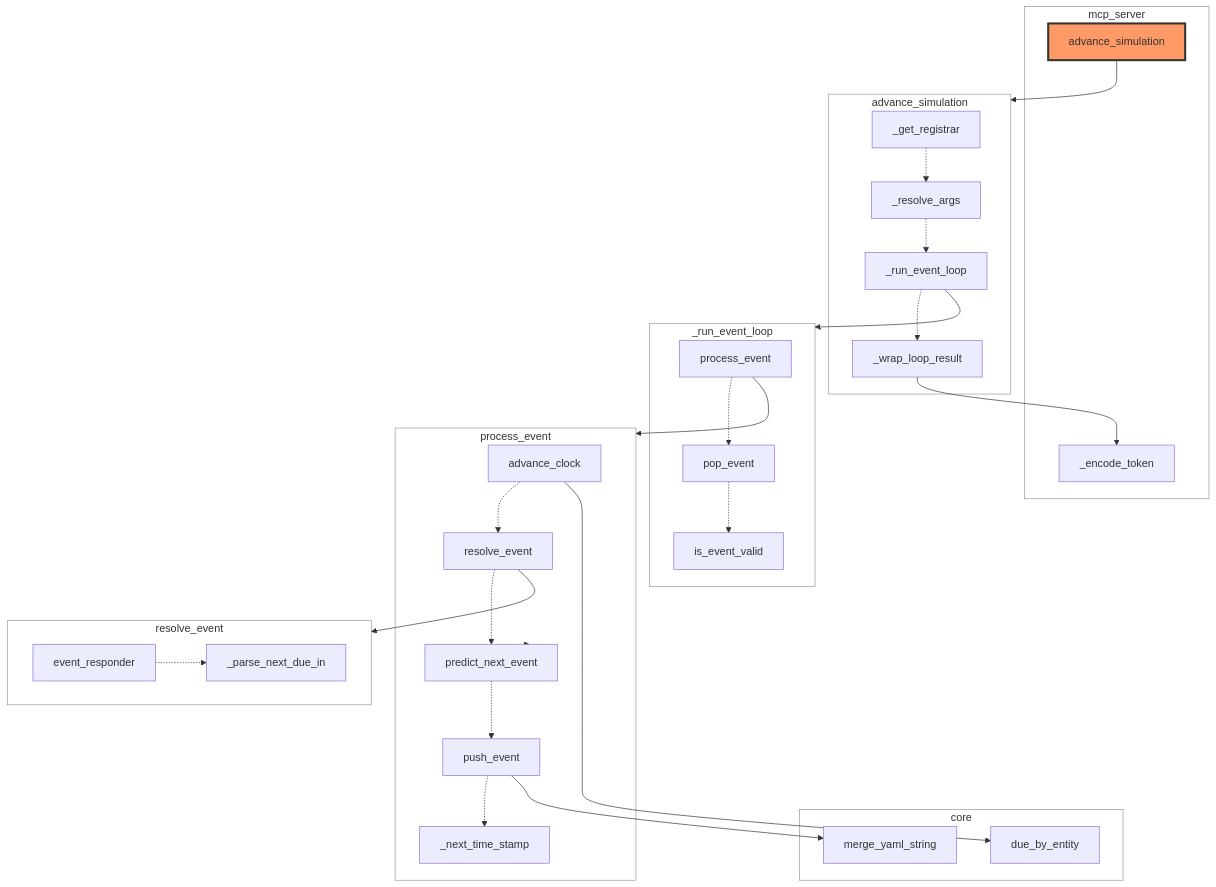
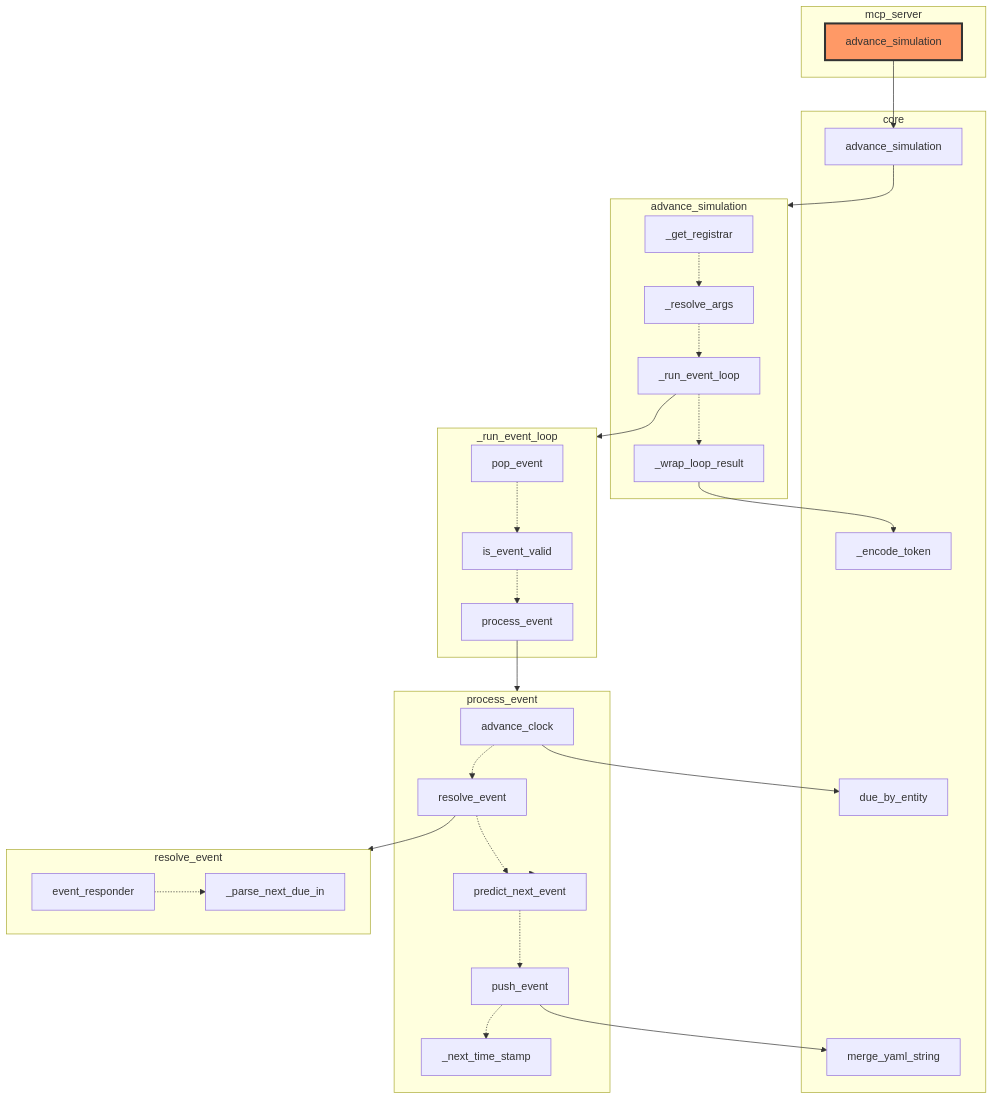
Before and after one commit to zhafen/story-simulator: the first of 2 diagrams in docs/architecture/advance_simulation.md, drawn with Mermaid. The commit also changed other lines of this file and 8 other files, not shown here.

````diff
--- a/docs/architecture/advance_simulation.md
+++ b/docs/architecture/advance_simulation.md
@@ -46,54 +51,55 @@
 ```mermaid
-%%{init: {'themeVariables': {'clusterBkg': 'transparent', 'clusterBorder': '#999999'}}}%%
 flowchart TB
     subgraph sg0["core"]
-        n14["merge_yaml_string"]
-        n17["due_by_entity"]
+        n1["advance_simulation"]
+        n6["_encode_token"]
+        n15["merge_yaml_string"]
+        n16["due_by_entity"]
     end
     subgraph sg1["mcp_server"]
         n0["advance_simulation"]
-        n5["_encode_token"]
     end
-    subgraph seq0["advance_simulation"]
-        n2["_get_registrar"]
-        n1["_resolve_args"]
-        n4["_run_event_loop"]
-        n3["_wrap_loop_result"]
-        n2 -.-> n1
-        n1 -.-> n4
-        n4 -.-> n3
+    subgraph seq1["advance_simulation"]
+        n4["_get_registrar"]
+        n5["_resolve_args"]
+        n3["_run_event_loop"]
+        n2["_wrap_loop_result"]
+        n4 -.-> n5
+        n5 -.-> n3
+        n3 -.-> n2
     end
-    subgraph seq2["_run_event_loop"]
-        n6["process_event"]
-        n8["pop_event"]
+    subgraph seq3["_run_event_loop"]
+        n9["pop_event"]
         n7["is_event_valid"]
-        n6 -.-> n8
-        n8 -.-> n7
+        n8["process_event"]
+        n9 -.-> n7
+        n7 -.-> n8
     end
-    subgraph seq3["process_event"]
-        n12["advance_clock"]
-        n11["resolve_event"]
-        n9["predict_next_event"]
-        n10["push_event"]
-        n13["_next_time_stamp"]
-        n12 -.-> n11
-        n11 -.-> n9
-        n9 -.-> n10
-        n10 -.-> n13
+    subgraph seq4["process_event"]
+        n13["advance_clock"]
+        n14["resolve_event"]
+        n11["predict_next_event"]
+        n12["push_event"]
+        n10["_next_time_stamp"]
+        n13 -.-> n14
+        n14 -.-> n11
+        n11 -.-> n12
+        n12 -.-> n10
     end
-    subgraph seq6["resolve_event"]
-        n16["event_responder"]
-        n15["_parse_next_due_in"]
-        n16 -.-> n15
+    subgraph seq8["resolve_event"]
+        n18["event_responder"]
+        n17["_parse_next_due_in"]
+        n18 -.-> n17
     end
-    n0 --> seq0
-    n3 --> n5
-    n4 --> seq2
-    n6 --> seq3
-    n9 --> seq3
-    n10 --> n14
-    n11 --> seq6
-    n12 --> n17
+    n0 --> n1
+    n1 --> seq1
+    n2 --> n6
+    n3 --> seq3
+    n8 --> seq4
+    n11 --> seq4
+    n12 --> n15
+    n13 --> n16
+    n14 --> seq8
     class n0 rootNode
     classDef rootNode fill:#f96,stroke:#333,stroke-width:3px
 ```
````
